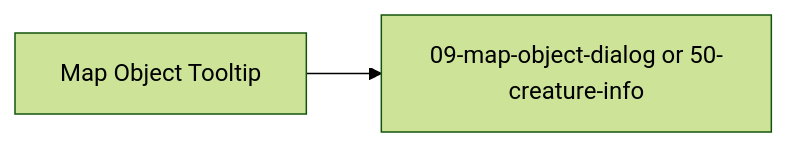
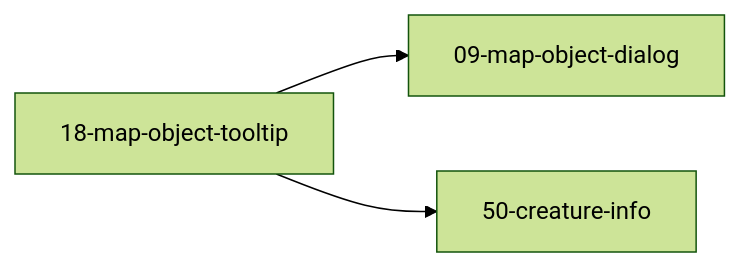
Before and after one commit to SunaNoOshiro/Heroes_Reforged_AI_Realms: the fifth of 5 diagrams in docs/architecture/wiki/screens/18-map-object-tooltip/architecture.md, drawn with Mermaid (forest theme). The commit also changed other lines of this file and 518 other files, not shown here.

First line of the commit message:
Add doc-audit skill and sweep architecture/screen docs

````diff
--- a/docs/architecture/wiki/screens/18-map-object-tooltip/architecture.md
+++ b/docs/architecture/wiki/screens/18-map-object-tooltip/architecture.md
@@ -68,5 +70,5 @@
 ```mermaid
 flowchart LR
-  Current["Map Object Tooltip"]
-  Current --> T0["09-map-object-dialog or 50-creature-info"]
+  Current["18-map-object-tooltip"] --> T0["09-map-object-dialog"]
+  Current --> T1["50-creature-info"]
 ```
````
